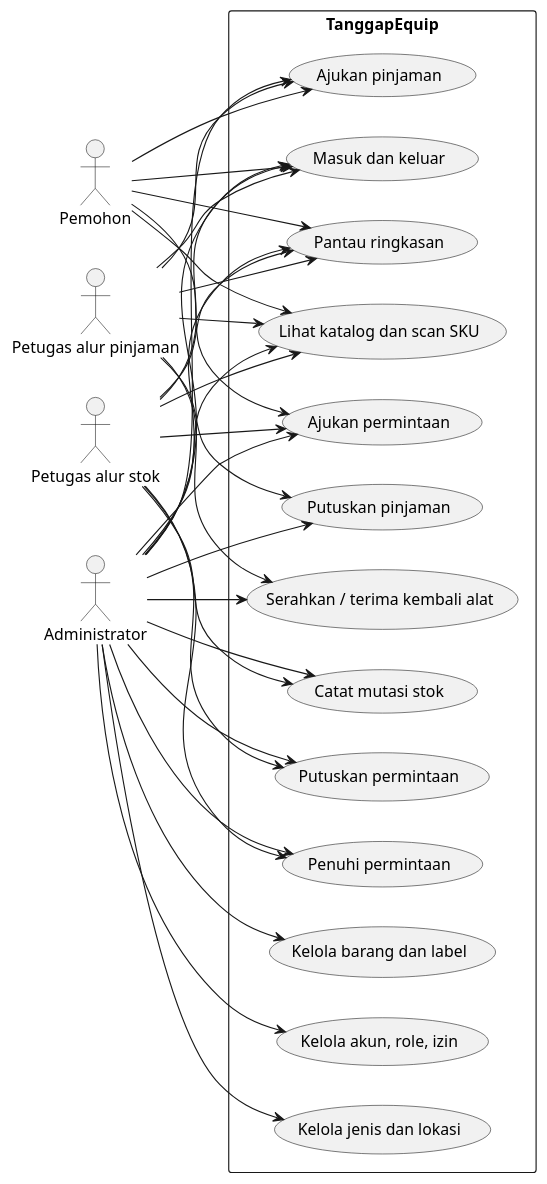
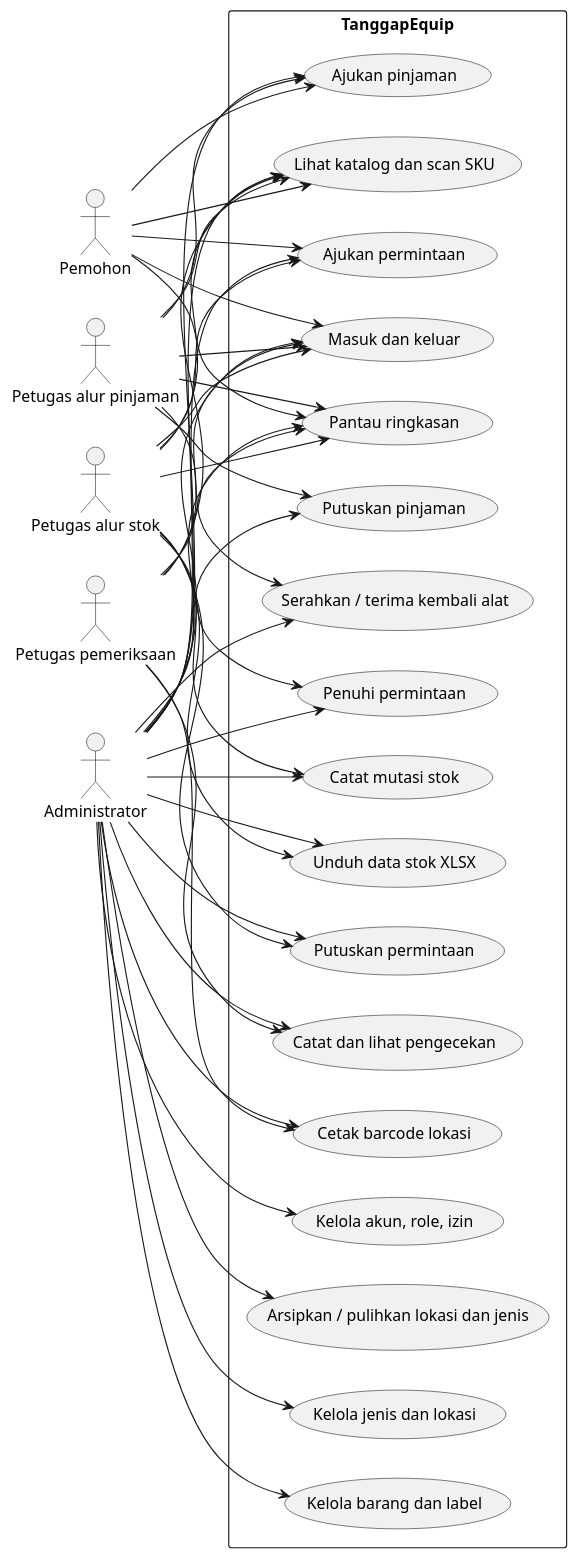
One commit to fandychan99/inventory_max changed the diagram in docs/uml/USE_CASE.puml. Above: the diagram before and after it, drawn with PlantUML. The commit also changed 51 other files, not shown here.

```diff
--- a/docs/uml/USE_CASE.puml
+++ b/docs/uml/USE_CASE.puml
@@ -1,60 +1,76 @@
 @startuml
 left to right direction
 skinparam packageStyle rectangle
 
 actor "Pemohon" as Pemohon
 actor "Petugas alur pinjaman" as PetugasPinjam
 actor "Petugas alur stok" as PetugasStok
+actor "Petugas pemeriksaan" as PetugasCek
 actor "Administrator" as Admin
 
 rectangle "TanggapEquip" {
   usecase "Masuk dan keluar" as UC01
   usecase "Pantau ringkasan" as UC02
   usecase "Lihat katalog dan scan SKU" as UC12
   usecase "Ajukan pinjaman" as UC05
   usecase "Putuskan pinjaman" as UC06
   usecase "Serahkan / terima kembali alat" as UC07
   usecase "Ajukan permintaan" as UC08
   usecase "Putuskan permintaan" as UC09
   usecase "Penuhi permintaan" as UC10
   usecase "Catat mutasi stok" as UC11
   usecase "Kelola jenis dan lokasi" as UC03
   usecase "Kelola barang dan label" as UC04
   usecase "Kelola akun, role, izin" as UC13
+  usecase "Catat dan lihat pengecekan" as UC14
+  usecase "Cetak barcode lokasi" as UC15
+  usecase "Unduh data stok XLSX" as UC16
+  usecase "Arsipkan / pulihkan lokasi dan jenis" as UC17
 }
 
 Pemohon --> UC01
 Pemohon --> UC02
 Pemohon --> UC12
 Pemohon --> UC05
 Pemohon --> UC08
 
 PetugasPinjam --> UC01
 PetugasPinjam --> UC02
 PetugasPinjam --> UC12
 PetugasPinjam --> UC05
 PetugasPinjam --> UC06
 PetugasPinjam --> UC07
 
 PetugasStok --> UC01
 PetugasStok --> UC02
 PetugasStok --> UC12
 PetugasStok --> UC08
 PetugasStok --> UC09
 PetugasStok --> UC10
 PetugasStok --> UC11
+PetugasStok --> UC16
+
+PetugasCek --> UC01
+PetugasCek --> UC02
+PetugasCek --> UC12
+PetugasCek --> UC14
+PetugasCek --> UC15
 
 Admin --> UC01
 Admin --> UC02
 Admin --> UC12
 Admin --> UC03
 Admin --> UC04
 Admin --> UC05
 Admin --> UC06
 Admin --> UC07
 Admin --> UC08
 Admin --> UC09
 Admin --> UC10
 Admin --> UC11
 Admin --> UC13
+Admin --> UC14
+Admin --> UC15
+Admin --> UC16
+Admin --> UC17
 @enduml
```
